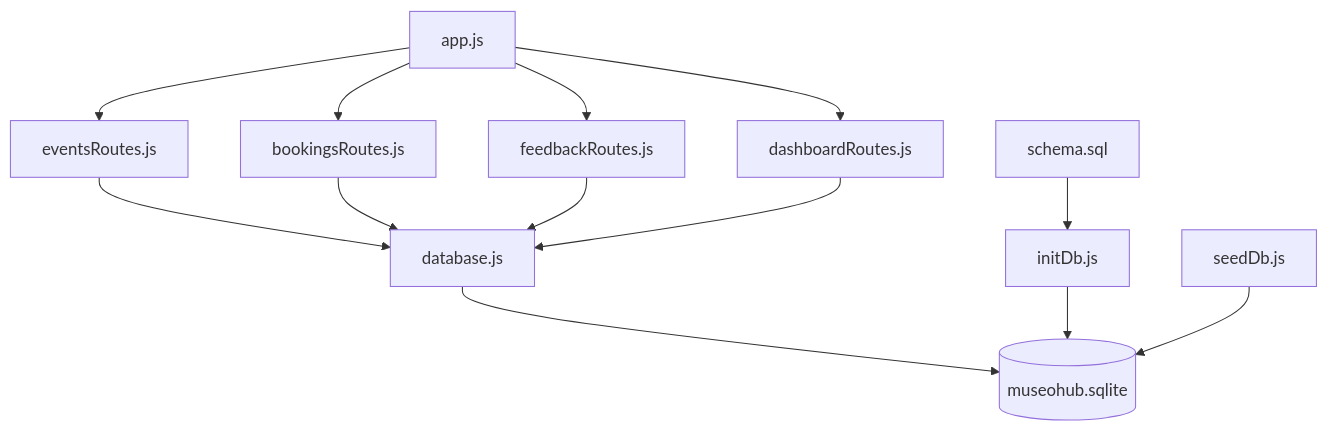
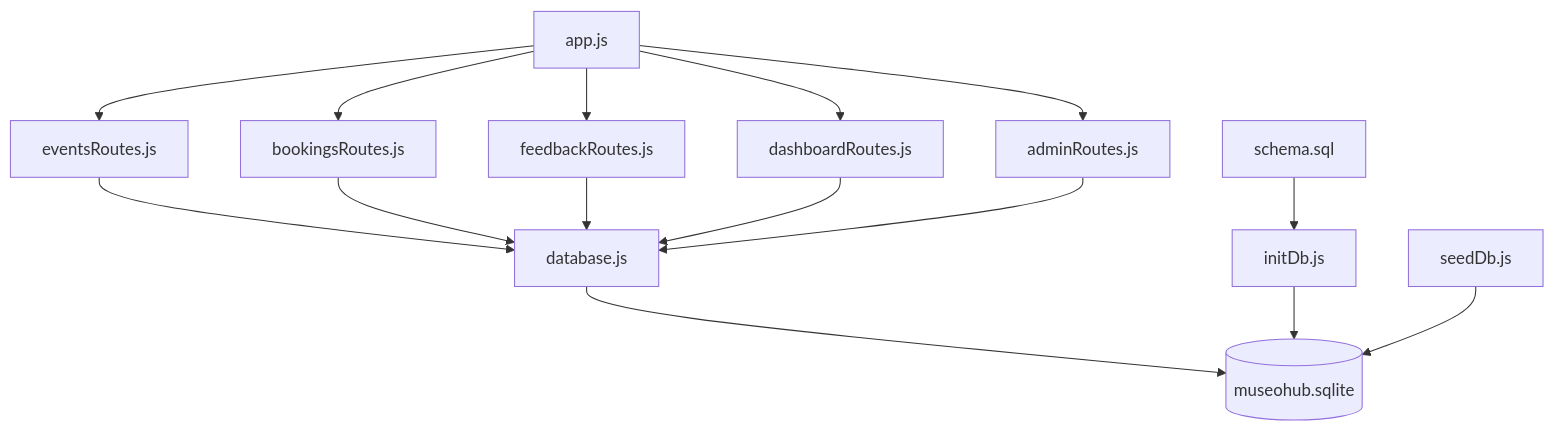
The second of 2 diagrams in docs/diagrams/architettura.md (RobertoCastelli/museo-hub), drawn with Mermaid before and after one commit. The commit also changed other lines of this file and 21 other files, not shown here.

````diff
--- a/docs/diagrams/architettura.md
+++ b/docs/diagrams/architettura.md
@@ -25,19 +25,21 @@
 ```mermaid
 flowchart TD
     APP[app.js] --> EVENTS[eventsRoutes.js]
     APP --> BOOKINGS[bookingsRoutes.js]
     APP --> FEEDBACK[feedbackRoutes.js]
     APP --> DASHBOARD[dashboardRoutes.js]
+    APP --> ADMIN[adminRoutes.js]
 
     EVENTS --> DBJS[database.js]
     BOOKINGS --> DBJS
     FEEDBACK --> DBJS
     DASHBOARD --> DBJS
+    ADMIN --> DBJS
 
     DBJS --> SQLITE[(museohub.sqlite)]
 
     SCHEMA[schema.sql] --> INIT[initDb.js]
     INIT --> SQLITE
 
     SEED[seedDb.js] --> SQLITE
 ```
````
